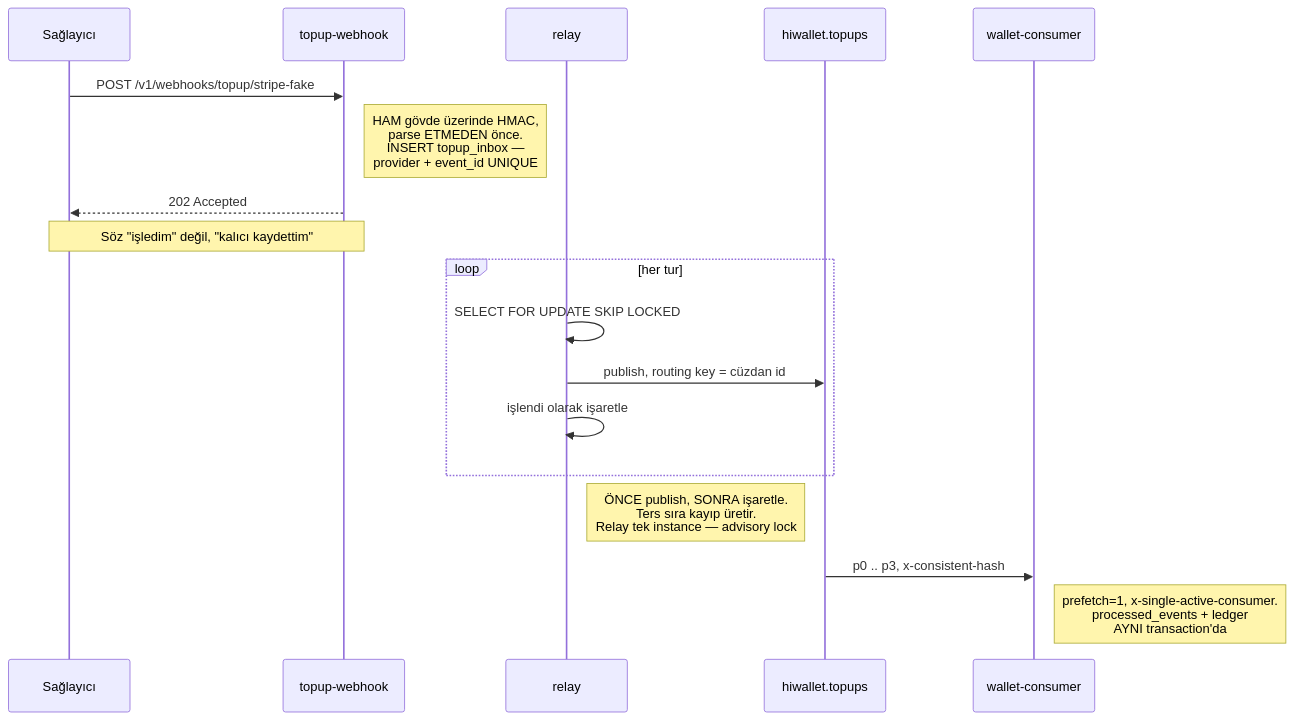
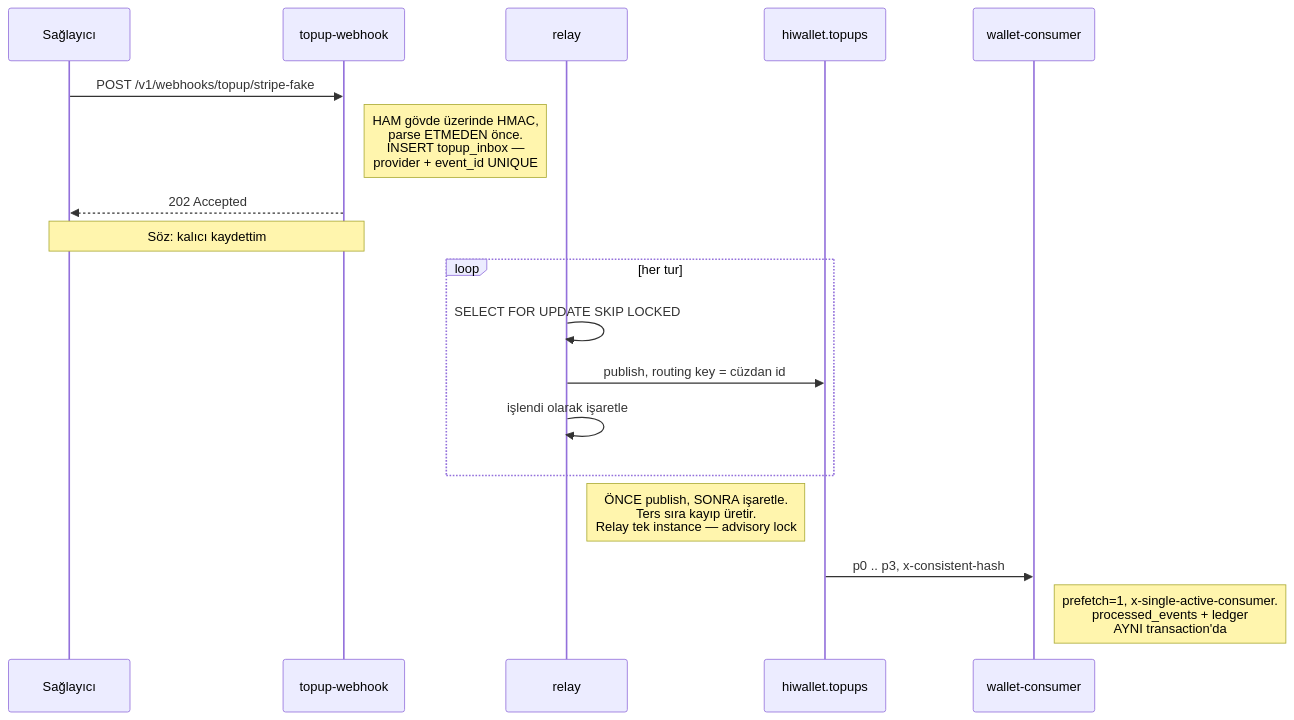
Before and after one commit to firate/HiWallet: the second of 4 diagrams in docs/architecture.md, drawn with Mermaid. The commit also changed other lines of this file, not shown here.

First line of the commit message:
docs(architecture): olumsuzlama ve karşıtlık kalıpları kaldırıldı

````diff
--- a/docs/architecture.md
+++ b/docs/architecture.md
@@ -144,23 +144,23 @@
 ```mermaid
 sequenceDiagram
     participant P as Sağlayıcı
     participant H as topup-webhook
     participant R as relay
     participant MQ as hiwallet.topups
     participant C as wallet-consumer
 
     P->>H: POST /v1/webhooks/topup/stripe-fake
     Note right of H: HAM gövde üzerinde HMAC,<br/>parse ETMEDEN önce.<br/>INSERT topup_inbox —<br/>provider + event_id UNIQUE
     H-->>P: 202 Accepted
-    Note over P,H: Söz "işledim" değil, "kalıcı kaydettim"
+    Note over P,H: Söz: kalıcı kaydettim
 
     loop her tur
         R->>R: SELECT FOR UPDATE SKIP LOCKED
         R->>MQ: publish, routing key = cüzdan id
         R->>R: işlendi olarak işaretle
     end
     Note right of R: ÖNCE publish, SONRA işaretle.<br/>Ters sıra kayıp üretir.<br/>Relay tek instance — advisory lock
 
     MQ->>C: p0 .. p3, x-consistent-hash
     Note right of C: prefetch=1, x-single-active-consumer.<br/>processed_events + ledger<br/>AYNI transaction'da
 ```
````
